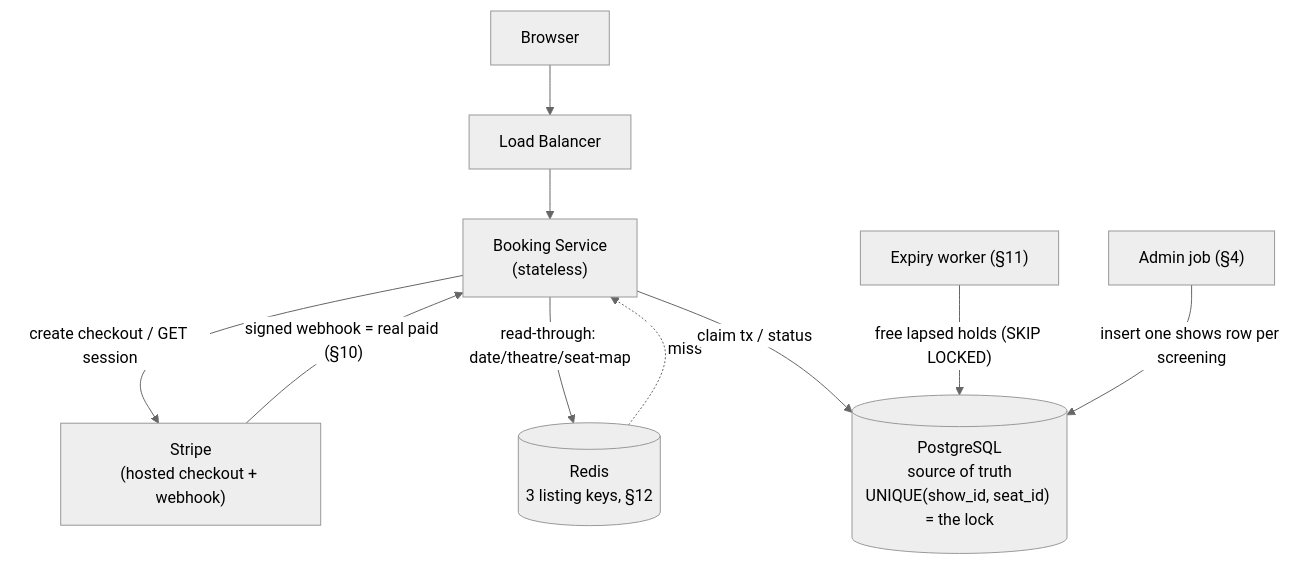
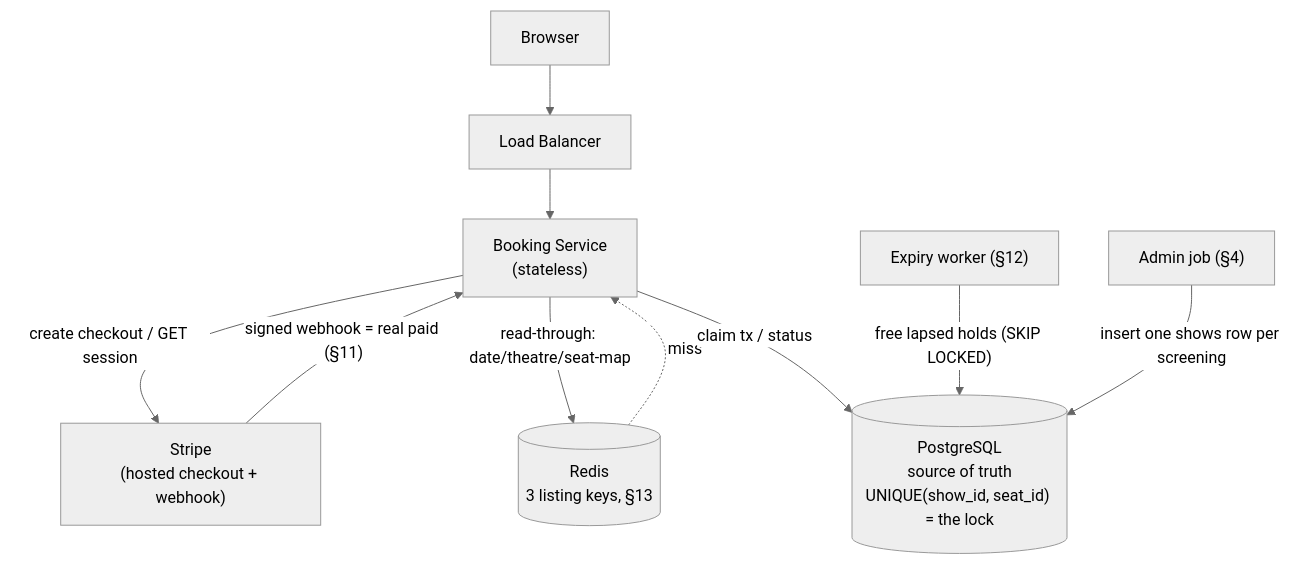
Before and after one commit to psquared-dev/java-questions: the sixth of 6 diagrams in system-design/new/03. bookMyShow.md, drawn with Mermaid (neutral theme). The commit also changed other lines of this file, not shown here.

````diff
--- a/system-design/new/03. bookMyShow.md
+++ b/system-design/new/03. bookMyShow.md
@@ -1141,19 +1341,19 @@
 ```mermaid
 graph TB
     U["Browser"]
     LB["Load Balancer"]
     BK["Booking Service<br/>(stateless)"]
-    R[("Redis<br/>3 listing keys, §12")]
+    R[("Redis<br/>3 listing keys, §13")]
     PG[("PostgreSQL<br/>source of truth<br/>UNIQUE(show_id, seat_id) = the lock")]
     ST["Stripe<br/>(hosted checkout + webhook)"]
-    EX["Expiry worker (§11)"]
+    EX["Expiry worker (§12)"]
     AD["Admin job (§4)"]
     U --> LB --> BK
     BK -- " read-through: date/theatre/seat-map " --> R
     R -. " miss " .-> BK
     BK -- " claim tx / status " --> PG
     BK -- " create checkout / GET session " --> ST
-    ST -- " signed webhook = real paid (§10) " --> BK
+    ST -- " signed webhook = real paid (§11) " --> BK
     EX -- " free lapsed holds (SKIP LOCKED) " --> PG
     AD -- " insert one shows row per screening " --> PG
 ```
````
